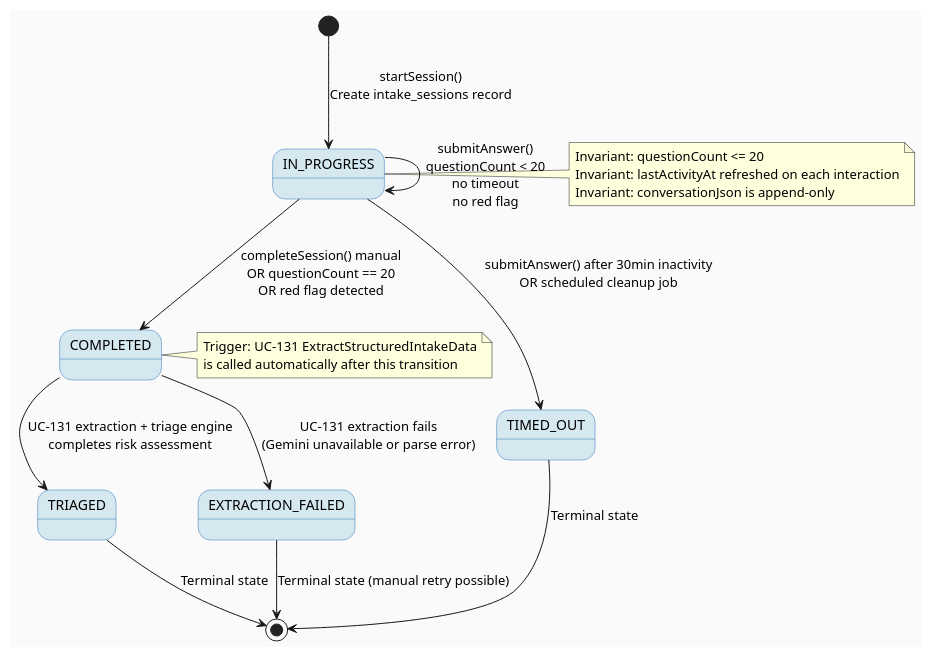
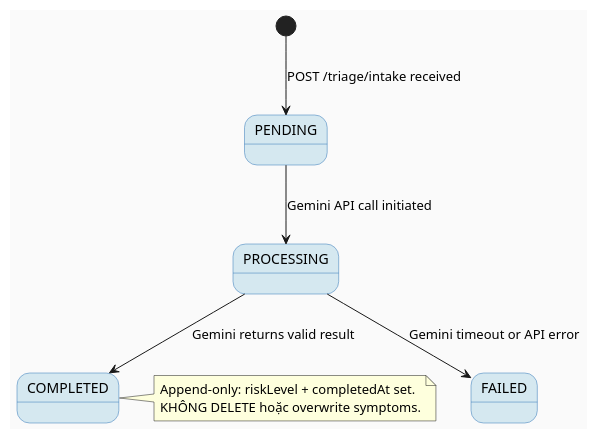
Before and after one commit to ChuongBDHE172784/CareBridge_SEP490_G79: the fourth of 4 diagrams in 04_Implement/UC60_RunAISymptomIntake/UC60_RunAISymptomIntake_TDS.md, drawn with PlantUML. The commit also changed other lines of this file and 75 other files, not shown here.

````diff
--- a/04_Implement/UC60_RunAISymptomIntake/UC60_RunAISymptomIntake_TDS.md
+++ b/04_Implement/UC60_RunAISymptomIntake/UC60_RunAISymptomIntake_TDS.md
@@ -633,32 +365,19 @@
 ```plantuml
 @startuml UC60_StateMachine
 skinparam backgroundColor #FAFAFA
 skinparam StateBackgroundColor #D5E8F0
 skinparam StateBorderColor #2E75B6
 
-[*] --> IN_PROGRESS : startSession()\nCreate intake_sessions record
+[*] --> PENDING : POST /triage/intake received
 
-IN_PROGRESS --> IN_PROGRESS : submitAnswer()\nquestionCount < 20\nno timeout\nno red flag
-IN_PROGRESS --> COMPLETED : completeSession() manual\nOR questionCount == 20\nOR red flag detected
-IN_PROGRESS --> TIMED_OUT : submitAnswer() after 30min inactivity\nOR scheduled cleanup job
-
-COMPLETED --> TRIAGED : UC-131 extraction + triage engine\ncompletes risk assessment
-COMPLETED --> EXTRACTION_FAILED : UC-131 extraction fails\n(Gemini unavailable or parse error)
-
-TIMED_OUT --> [*] : Terminal state
-EXTRACTION_FAILED --> [*] : Terminal state (manual retry possible)
-TRIAGED --> [*] : Terminal state
-
-note right of IN_PROGRESS
-  Invariant: questionCount <= 20
-  Invariant: lastActivityAt refreshed on each interaction
-  Invariant: conversationJson is append-only
-end note
+PENDING --> PROCESSING : Gemini API call initiated
+PROCESSING --> COMPLETED : Gemini returns valid result
+PROCESSING --> FAILED : Gemini timeout or API error
 
 note right of COMPLETED
-  Trigger: UC-131 ExtractStructuredIntakeData
-  is called automatically after this transition
+  Append-only: riskLevel + completedAt set.
+  KHÔNG DELETE hoặc overwrite symptoms.
 end note
 
 @enduml
 ```
````
